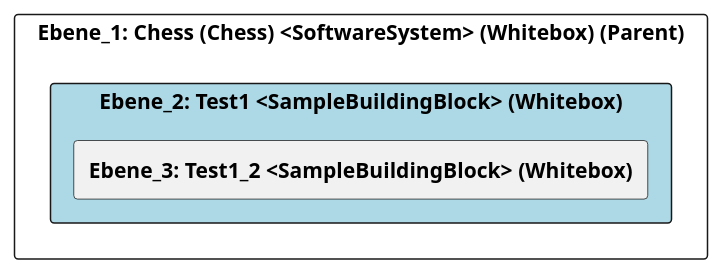
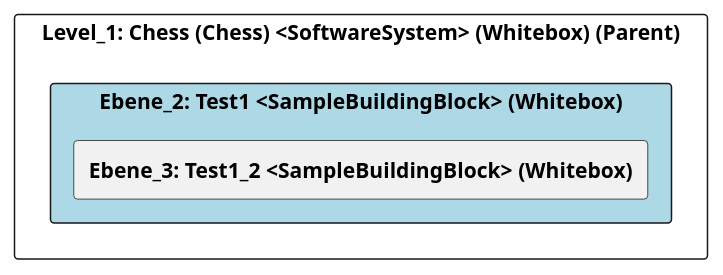
One commit to marcozwyssig/cleon changed the diagram in src/cleon.architecturemethods.arc42.sample/doc/cleon_architecturemethods_arc42_sample_arc42/adoc/de/05_bausteinsicht/chess/test1/ebene_2_test1.adoc. Above: the diagram before and after it, drawn with PlantUML. The commit also changed other lines of this file and 169 other files, not shown here.

```diff
--- a/src/cleon.architecturemethods.arc42.sample/doc/cleon_architecturemethods_arc42_sample_arc42/adoc/de/05_bausteinsicht/chess/test1/ebene_2_test1.adoc
+++ b/src/cleon.architecturemethods.arc42.sample/doc/cleon_architecturemethods_arc42_sample_arc42/adoc/de/05_bausteinsicht/chess/test1/ebene_2_test1.adoc
@@ -22,26 +22,26 @@
 [plantuml, Ebene_2: Test1 <SampleBuildingBlock> (Whitebox)BlockOverview, format="svg"]
 ----
 @startuml Ebene_2: Test1 <SampleBuildingBlock> (Whitebox)BuildingBlockOverview
 
 skinparam ranksep 10
 skinparam componentStyle rectangle
 skinparam shadowing false
 skinparam arrowColor lightblue
 skinparam arrowThickness 1.2
 skinparam rectangle {
   BackgroundColor White
   BorderColor #333
   RoundCorner 10
 }
 top to bottom direction
 
-component "Ebene_1: Chess (Chess) <SoftwareSystem> (Whitebox) (Parent)" {
+component "Level_1: Chess (Chess) <SoftwareSystem> (Whitebox) (Parent)" {
     component "Ebene_2: Test1 <SampleBuildingBlock> (Whitebox)" #lightblue {
         [**Ebene_3: Test1_2 <SampleBuildingBlock> (Whitebox)**] as 489CD282_D579_11EE_903E_9F564E4DE07E
     }
 
     
 }
 
 @enduml
 ----
```
